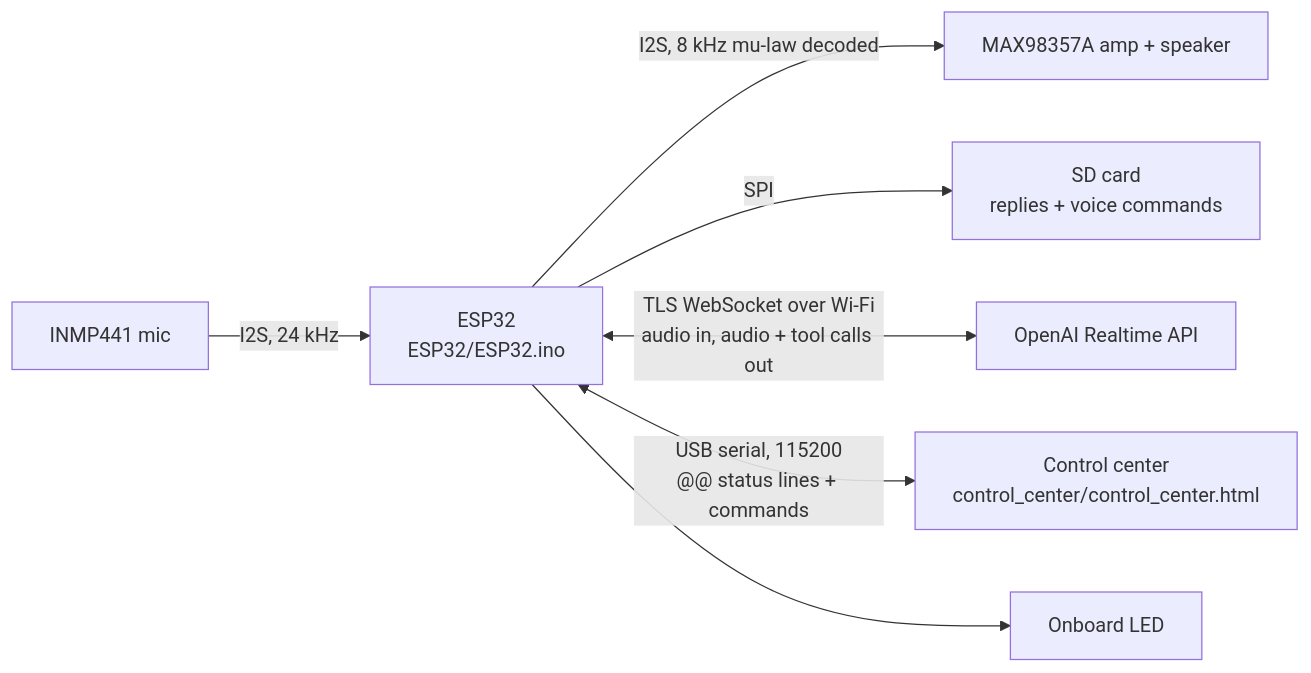
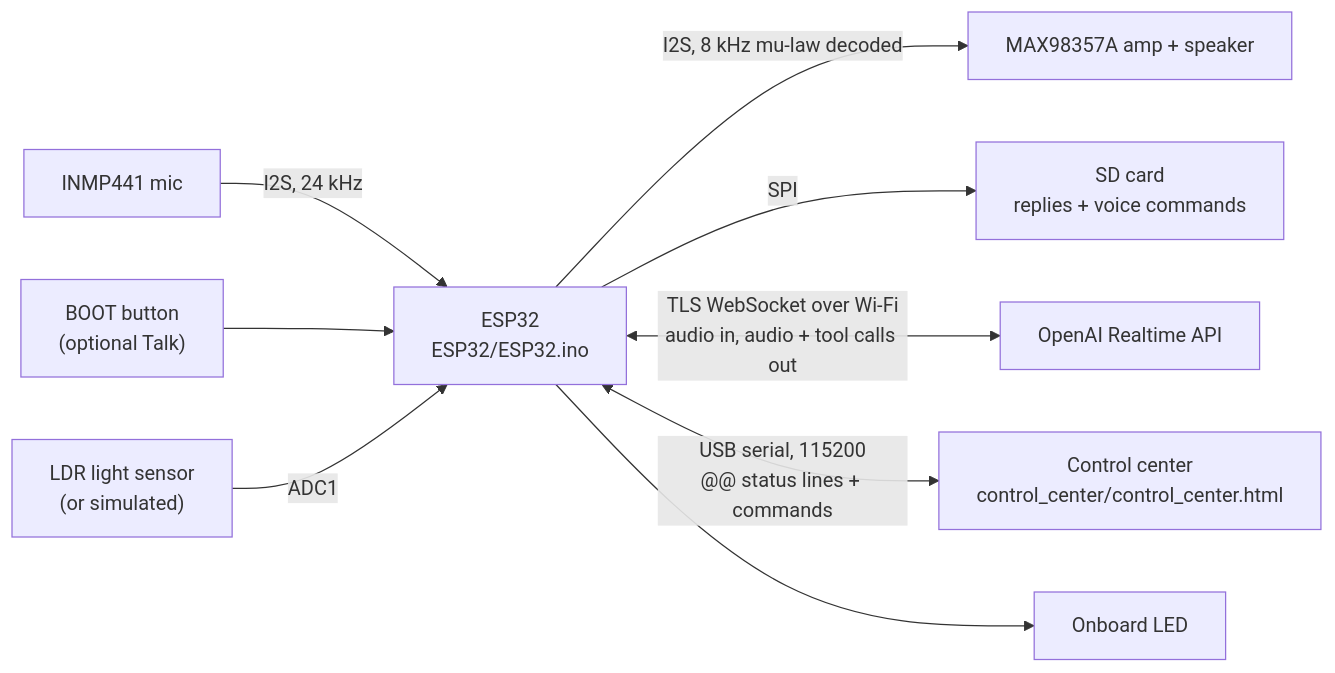
The first of 3 diagrams in Documentation/architecture.md (tomer-gilan/Technion_Voice_Assistant_Summer_2026_A2), drawn with Mermaid before and after one commit. The commit also changed other lines of this file and 18 other files, not shown here.

````diff
--- a/Documentation/architecture.md
+++ b/Documentation/architecture.md
@@ -11,9 +11,11 @@
 ```mermaid
 flowchart LR
   MIC["INMP441 mic"] -- "I2S, 24 kHz" --> ESP["ESP32<br/>ESP32/ESP32.ino"]
   ESP -- "I2S, 8 kHz mu-law decoded" --> AMP["MAX98357A amp + speaker"]
   ESP -- "SPI" --> SD["SD card<br/>replies + voice commands"]
   ESP <-- "TLS WebSocket over Wi-Fi<br/>audio in, audio + tool calls out" --> AI["OpenAI Realtime API"]
   ESP <-- "USB serial, 115200<br/>@@ status lines + commands" --> GUI["Control center<br/>control_center/control_center.html"]
   ESP --> LED["Onboard LED"]
+  BTN["BOOT button<br/>(optional Talk)"] --> ESP
+  LDR["LDR light sensor<br/>(or simulated)"] -- "ADC1" --> ESP
 ```
````
